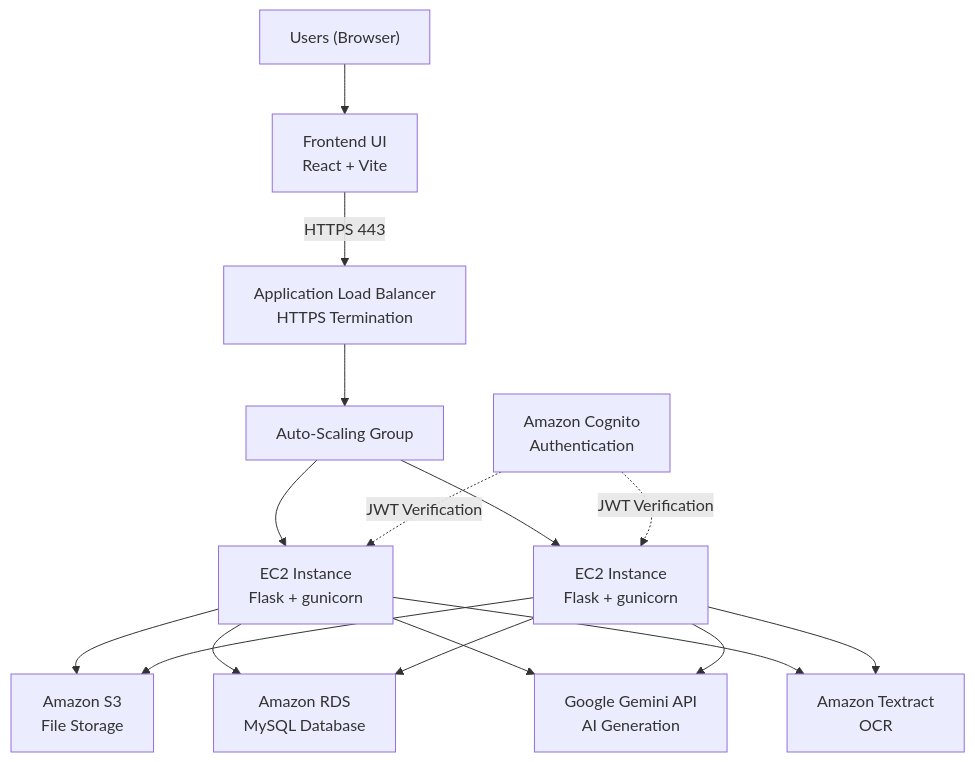
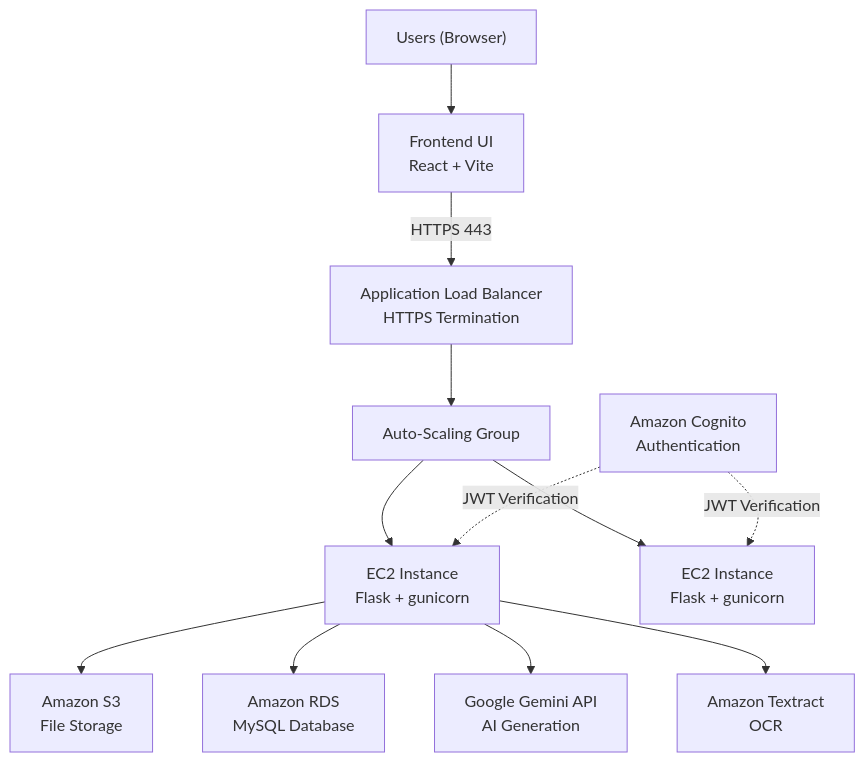
One commit to bransonleo/CloudStudy changed the diagram in README.md. Above: the diagram before and after it, drawn with Mermaid. The commit also changed other lines of this file, not shown here.

Commit message:
docs(readme): simplify architecture diagram

````diff
--- a/README.md
+++ b/README.md
@@ -27,30 +27,26 @@
 ```mermaid
 graph TD
     User["Users (Browser)"]
     FE["Frontend UI<br/>React + Vite"]
     ALB["Application Load Balancer<br/>HTTPS Termination"]
     ASG["Auto-Scaling Group"]
     EC2A["EC2 Instance<br/>Flask + gunicorn"]
     EC2B["EC2 Instance<br/>Flask + gunicorn"]
     S3["Amazon S3<br/>File Storage"]
     RDS["Amazon RDS<br/>MySQL Database"]
     Gemini["Google Gemini API<br/>AI Generation"]
     Textract["Amazon Textract<br/>OCR"]
     Cognito["Amazon Cognito<br/>Authentication"]
 
     User --> FE
     FE -->|HTTPS 443| ALB
     ALB --> ASG
     ASG --> EC2A
     ASG --> EC2B
     EC2A --> S3
     EC2A --> RDS
     EC2A --> Gemini
     EC2A --> Textract
-    EC2B --> S3
-    EC2B --> RDS
-    EC2B --> Gemini
-    EC2B --> Textract
     Cognito -.->|JWT Verification| EC2A
     Cognito -.->|JWT Verification| EC2B
 ```
````
